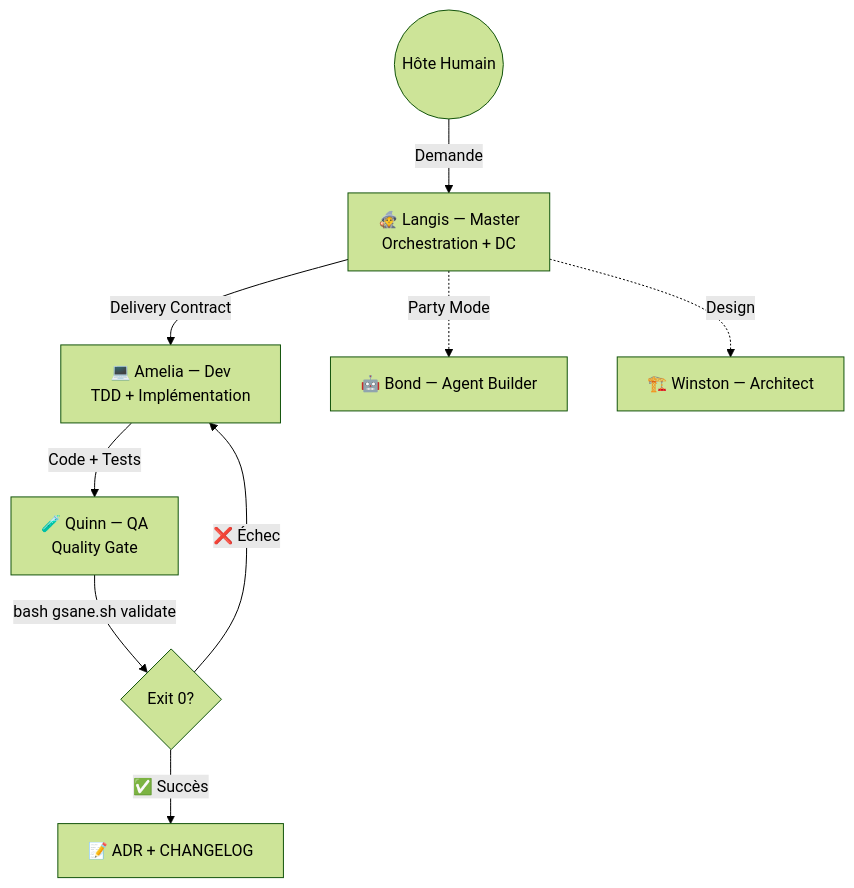
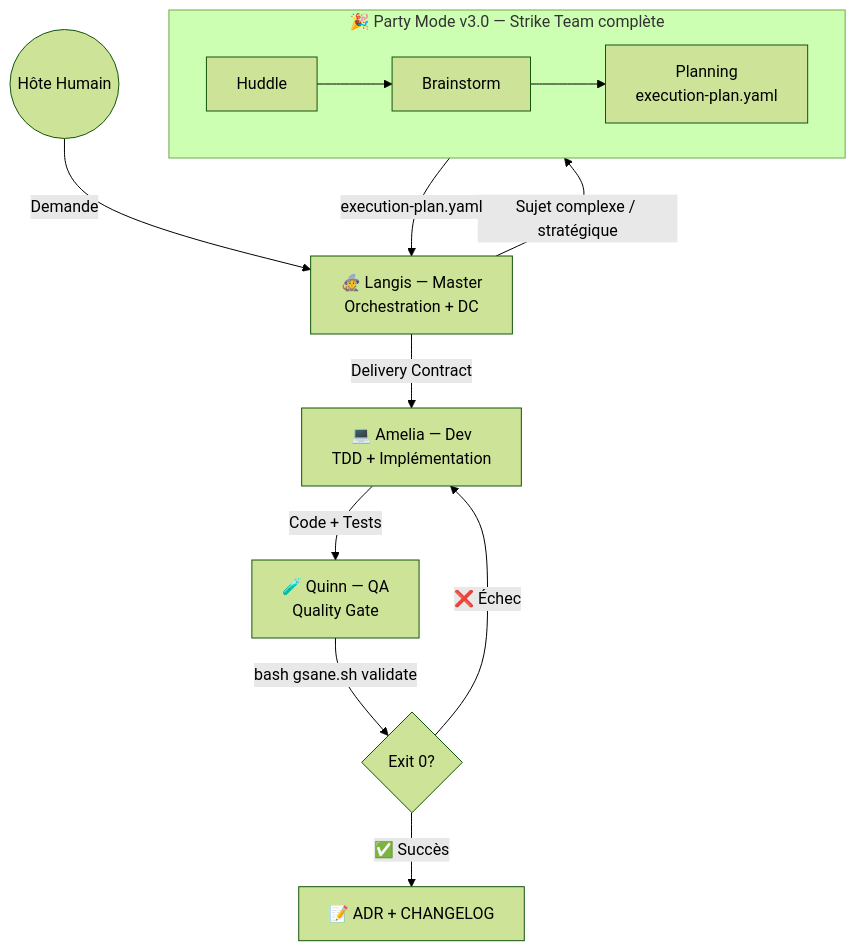
One commit to zavrocKk/zav-sandbox changed the diagram in README.md. Above: the diagram before and after it, drawn with Mermaid (forest theme).

Commit message:
fix(docs): corriger diagramme Mermaid architecture Strike Team
- Supprime les fleches incorrectes 'Party Mode -> Bond seul' et 'Design -> Winston seul'
- Party Mode devient un subgraph collectif (Strike Team complete) avec 3 phases :
  Huddle -> Brainstorm -> Planning (execution-plan.yaml)
- Ajoute la boucle de retour : execution-plan.yaml -> Master -> Delivery Contracts
- Le Design n'est pas un workflow separe, il fait partie du Party Mode

````diff
--- a/README.md
+++ b/README.md
@@ -17,11 +17,17 @@
 ```mermaid
 graph TD
     User((Hôte Humain)) -->|Demande| Master
     Master[🧙 Langis — Master\nOrchestration + DC] -->|Delivery Contract| Dev
+    Master -->|Sujet complexe / stratégique| PM
+
+    subgraph PM[🎉 Party Mode v3.0 — Strike Team complète]
+        direction LR
+        H[Huddle] --> BR[Brainstorm] --> PL[Planning\nexecution-plan.yaml]
+    end
+
+    PM -->|execution-plan.yaml| Master
     Dev[💻 Amelia — Dev\nTDD + Implémentation] -->|Code + Tests| QA
     QA[🧪 Quinn — QA\nQuality Gate] -->|bash gsane.sh validate| Gate{Exit 0?}
     Gate -- ❌ Échec --> Dev
     Gate -- ✅ Succès --> Arch[📝 ADR + CHANGELOG]
-    Master -.->|Party Mode| Bond[🤖 Bond — Agent Builder]
-    Master -.->|Design| Winston[🏗️ Winston — Architect]
 ```
````
